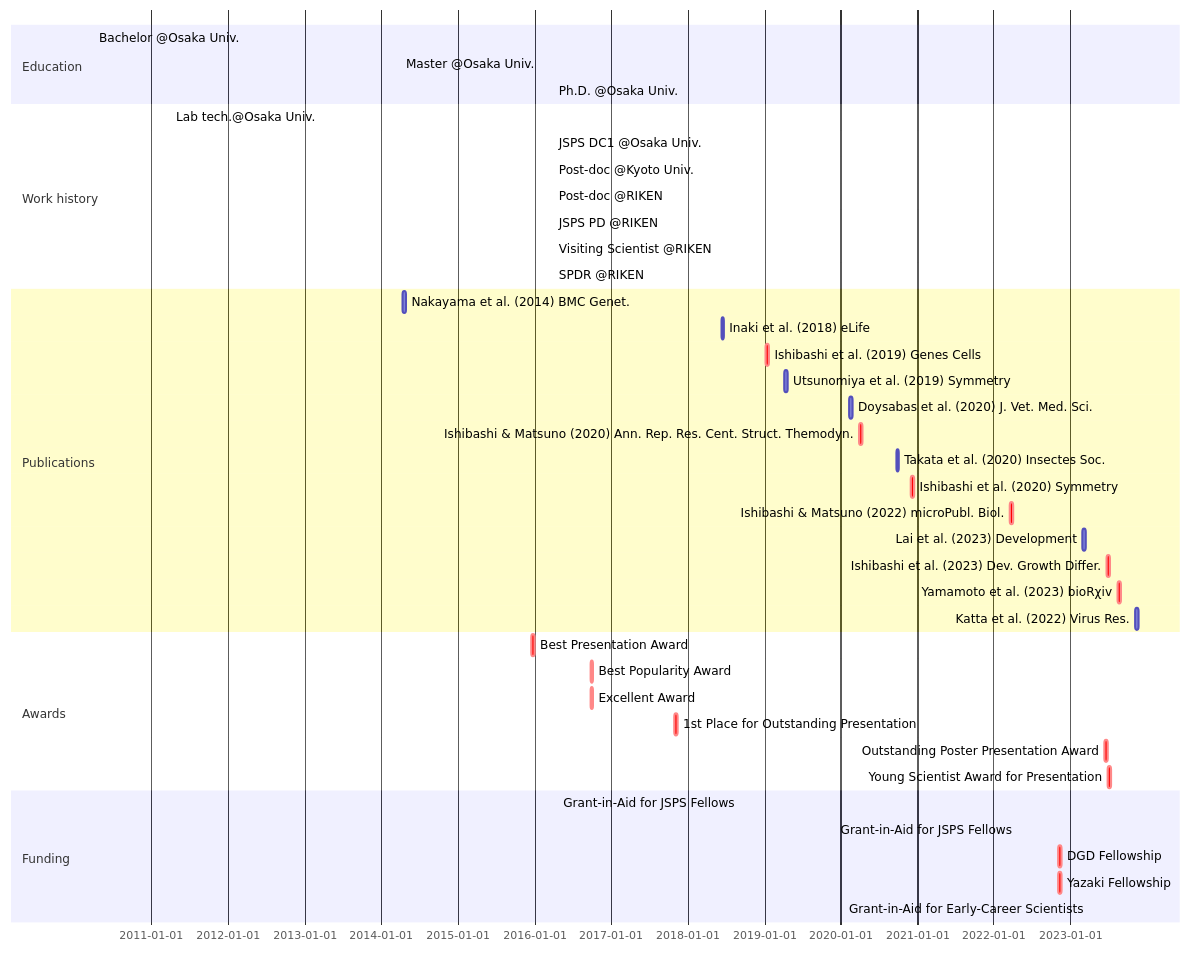
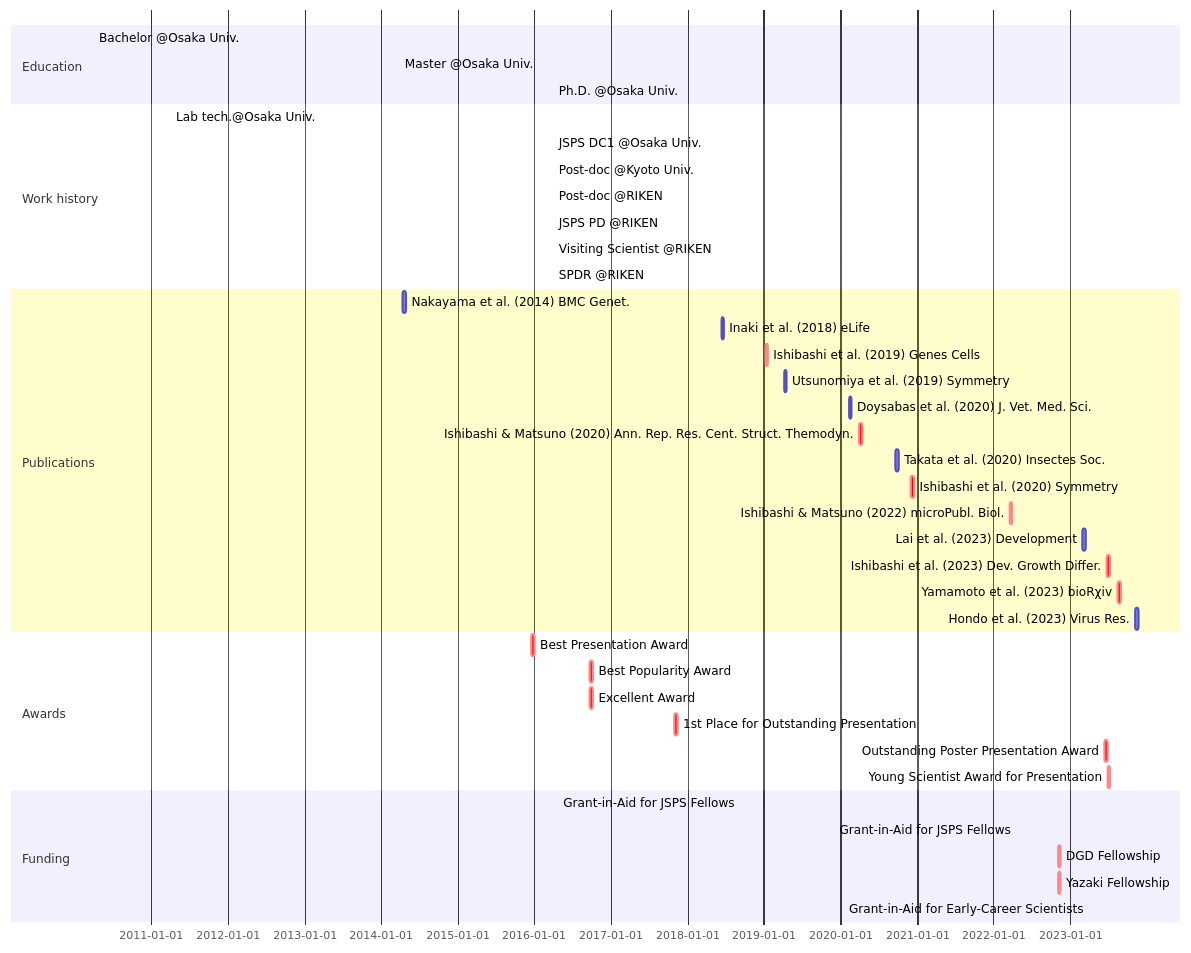
Before and after one commit to ishibaki/ishibaki.github.io: the diagram in _includes/mermaid-cv.md, drawn with Mermaid.

````diff
--- a/_includes/mermaid-cv.md
+++ b/_includes/mermaid-cv.md
@@ -1,42 +1,42 @@
 ```mermaid
 gantt
 section Education
   Bachelor @Osaka Univ. : BS, 2010-04-01, 2014-03-25
   Master @Osaka Univ.   : MS, 2014-04-01, 2016-03-28
   Ph.D. @Osaka Univ.    : Ph.D., 2016-04-01, 2019-03-25
 section Work history
   Lab tech.@Osaka Univ.     : done, OU-tech, 2011-04-01, 2012-03-31
   JSPS DC1 @Osaka Univ.     : done, DC1, 2016-04-01, 2019-03-31
   Post-doc @Kyoto Univ.     : done, KU-postdoc, after DC1, 2021-04-30
   Post-doc @RIKEN           : done, RIKEN-postdoc, after KU-postdoc, 2022-03-31
   JSPS PD @RIKEN            : done, PD, after RIKEN-postdoc, 2023-03-31
   Visiting Scientist @RIKEN : done, Visit-Sci, after RIKEN-postdoc, 2023-03-31
   SPDR @RIKEN               : active, SPDR, after PD, 2026-03-31
 section Publications
   Nakayama et al. (2014) BMC Genet.           :       nakayama2014, 2014-04-16, 2w
   Inaki et al. (2018) eLife                   :       inaki2018, 2018-06-12, 2w
   Ishibashi et al. (2019) Genes Cells         : crit, ishibashi2019, 2019-01-09, 2w
   Utsunomiya et al. (2019) Symmetry           :       utsunomiya2019, 2019-04-08, 2w
   Doysabas et al. (2020) J. Vet. Med. Sci.    :       doysabas2020, 2020-02-12, 2w
   Ishibashi & Matsuno (2020) Ann. Rep. Res. Cent. Struct. Themodyn. : crit, ishibashi2020a, 2020-04-01, 2w
   Takata et al. (2020) Insectes Soc.          :       takata2020, 2020-09-22, 2w
   Ishibashi et al. (2020) Symmetry            : crit, ishibashi2020b, 2020-12-02, 2w
   Ishibashi & Matsuno (2022) microPubl. Biol. : crit, ishibashi2022, 2022-03-18, 2w
   Lai et al. (2023) Development               :       lai2023, 2023-03-02, 2w
   Ishibashi et al. (2023) Dev. Growth Differ. : crit, ishibashi2023, 2023-06-25, 2w
   Yamamoto et al. (2023) bioRχiv              : crit, yamamoto2023, 2023-08-16, 2w
-  Katta et al. (2022) Virus Res.              :       katta2023, 2023-11-08, 2w
+  Hondo et al. (2023) Virus Res.              :       hondo2023, 2023-11-10, 2w
 section Awards
   Best Presentation Award                  : crit, aw_1, 2015-12-20, 2w
   Best Popularity Award                    : crit, aw_2, 2016-09-25, 2w
   Excellent Award                          : crit, aw_3, 2016-09-25, 2w
   1st Place for Outstanding Presentation   : crit, aw_4, 2017-11-01, 2w
   Outstanding Poster Presentation Award    : crit, aw_5, 2023-06-15, 2w
   Young Scientist Award for Presentation   : crit, aw_6, 2023-06-29, 2w
 section Funding
   Grant-in-Aid for JSPS Fellows : done, grant_DC1, 2016-04-22, 2019-03-31
   Grant-in-Aid for JSPS Fellows : active, grant_PD, 2022-04-22, 2025-03-31
   DGD Fellowship:                 crit, dgd_fellowship, 2022-11-04, 2w
   Yazaki Fellowship:              crit, yazaki_fellowship, 2022-11-04, 2w
   Grant-in-Aid for Early-Career Scientists : active, grant_ecs2023, 2023-04-01, 2026-03-31
 ```
````
